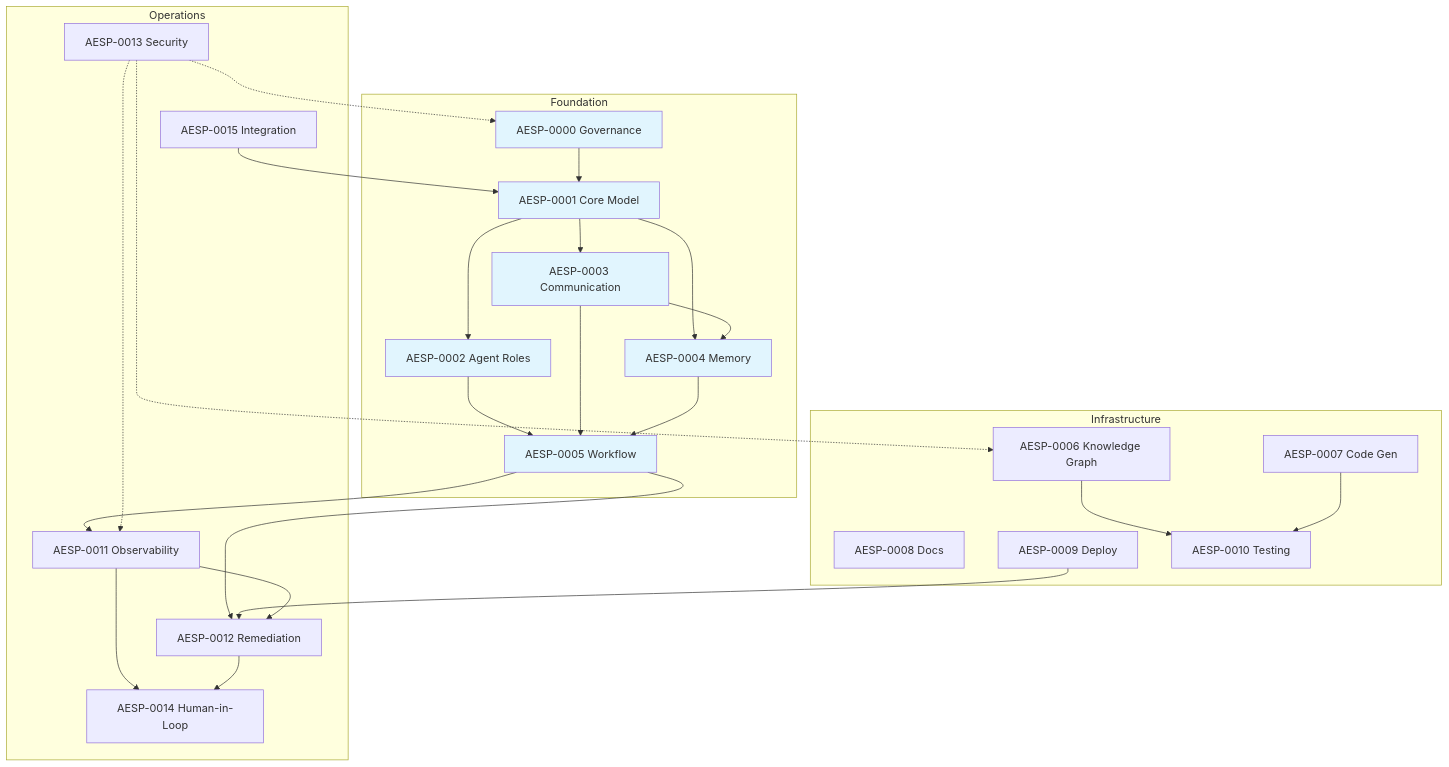
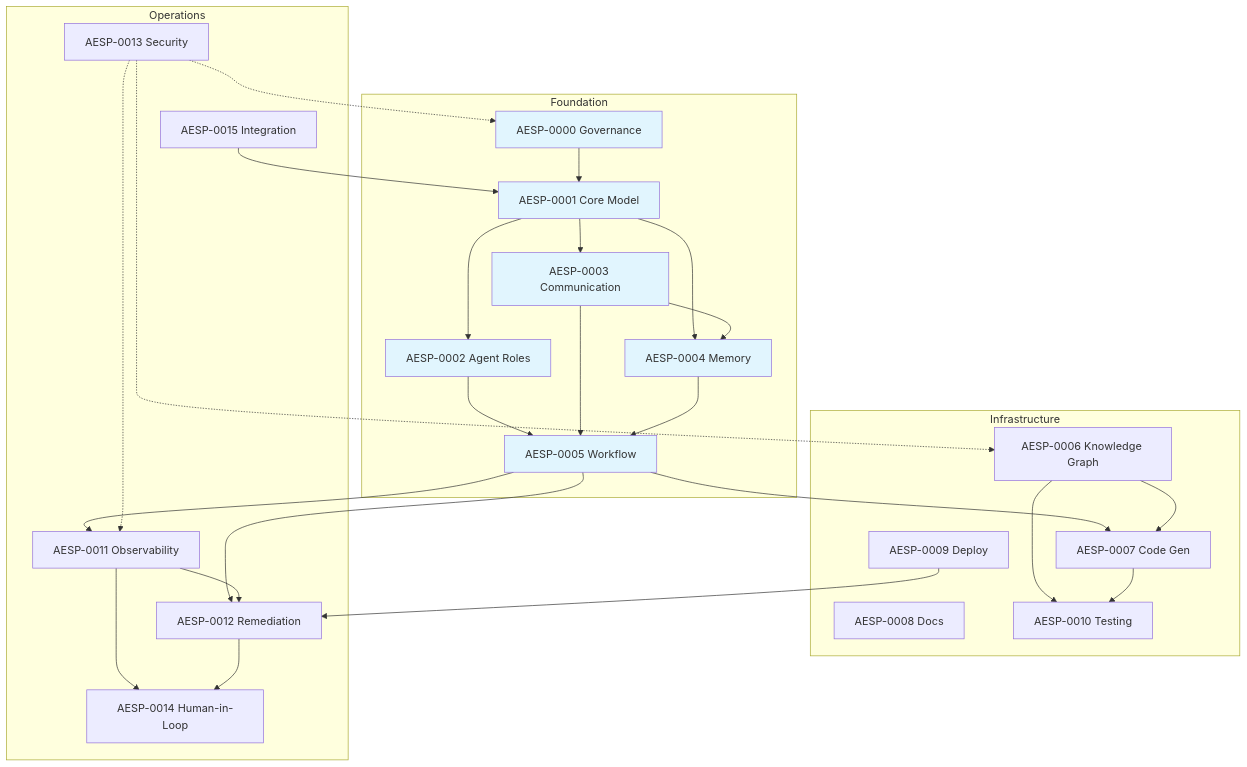
One commit to kishoreHQ/AESP changed the diagram in specification/README.md. Above: the diagram before and after it, drawn with Mermaid. The commit also changed other lines of this file and 9 other files, not shown here.

````diff
--- a/specification/README.md
+++ b/specification/README.md
@@ -58,57 +58,59 @@
 ```mermaid
 graph TD
     subgraph Foundation
         A0000[AESP-0000 Governance]
         A0001[AESP-0001 Core Model]
         A0002[AESP-0002 Agent Roles]
         A0003[AESP-0003 Communication]
         A0004[AESP-0004 Memory]
         A0005[AESP-0005 Workflow]
     end
 
     subgraph Infrastructure
         A0006[AESP-0006 Knowledge Graph]
         A0007[AESP-0007 Code Gen]
         A0008[AESP-0008 Docs]
         A0009[AESP-0009 Deploy]
         A0010[AESP-0010 Testing]
     end
 
     subgraph Operations
         A0011[AESP-0011 Observability]
         A0012[AESP-0012 Remediation]
         A0013[AESP-0013 Security]
         A0014[AESP-0014 Human-in-Loop]
         A0015[AESP-0015 Integration]
     end
 
     A0000 --> A0001
     A0001 --> A0002
     A0001 --> A0003
     A0001 --> A0004
     A0002 --> A0005
     A0003 --> A0004
     A0003 --> A0005
     A0004 --> A0005
     A0005 --> A0011
     A0005 --> A0012
+    A0005 --> A0007
+    A0006 --> A0007
 
     A0006 --> A0010
     A0007 --> A0010
     A0009 --> A0012
 
     A0011 --> A0012
     A0011 --> A0014
     A0012 --> A0014
     A0013 -.-> A0000
     A0013 -.-> A0006
     A0013 -.-> A0011
     A0015 --> A0001
 
     style A0000 fill:#e1f5fe
     style A0001 fill:#e1f5fe
     style A0002 fill:#e1f5fe
     style A0003 fill:#e1f5fe
     style A0004 fill:#e1f5fe
     style A0005 fill:#e1f5fe
 ```
````
